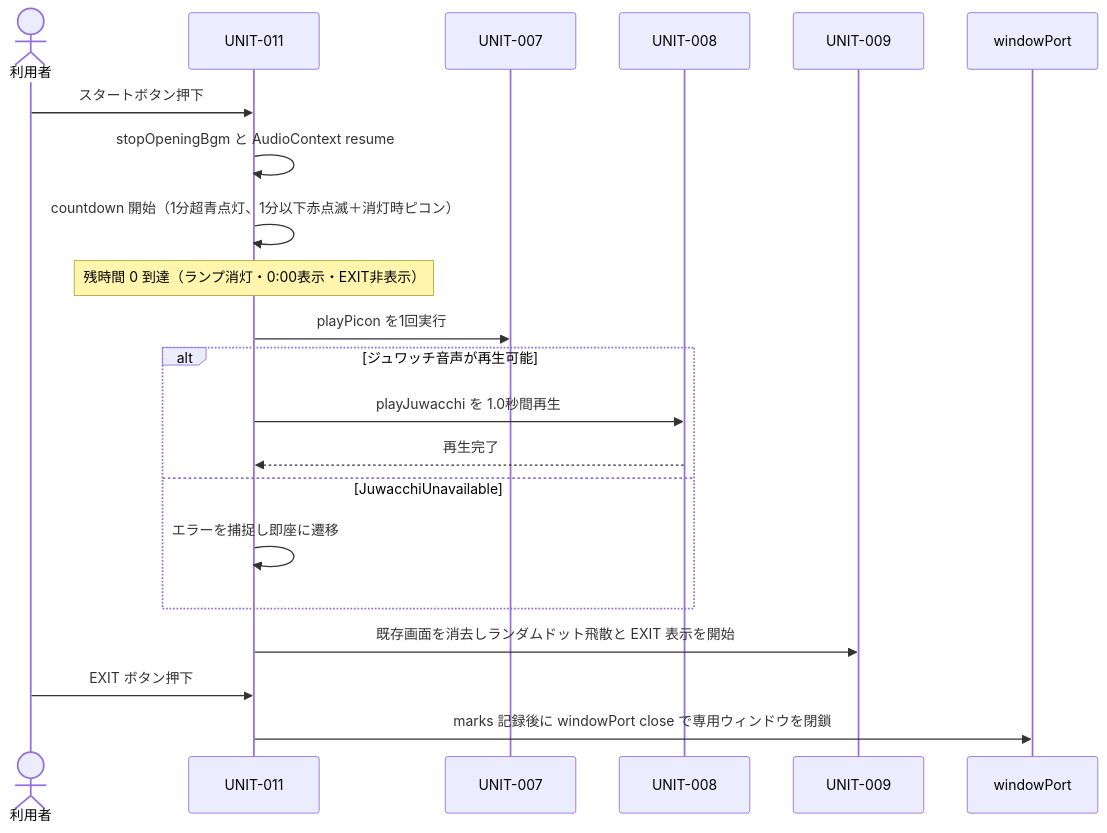
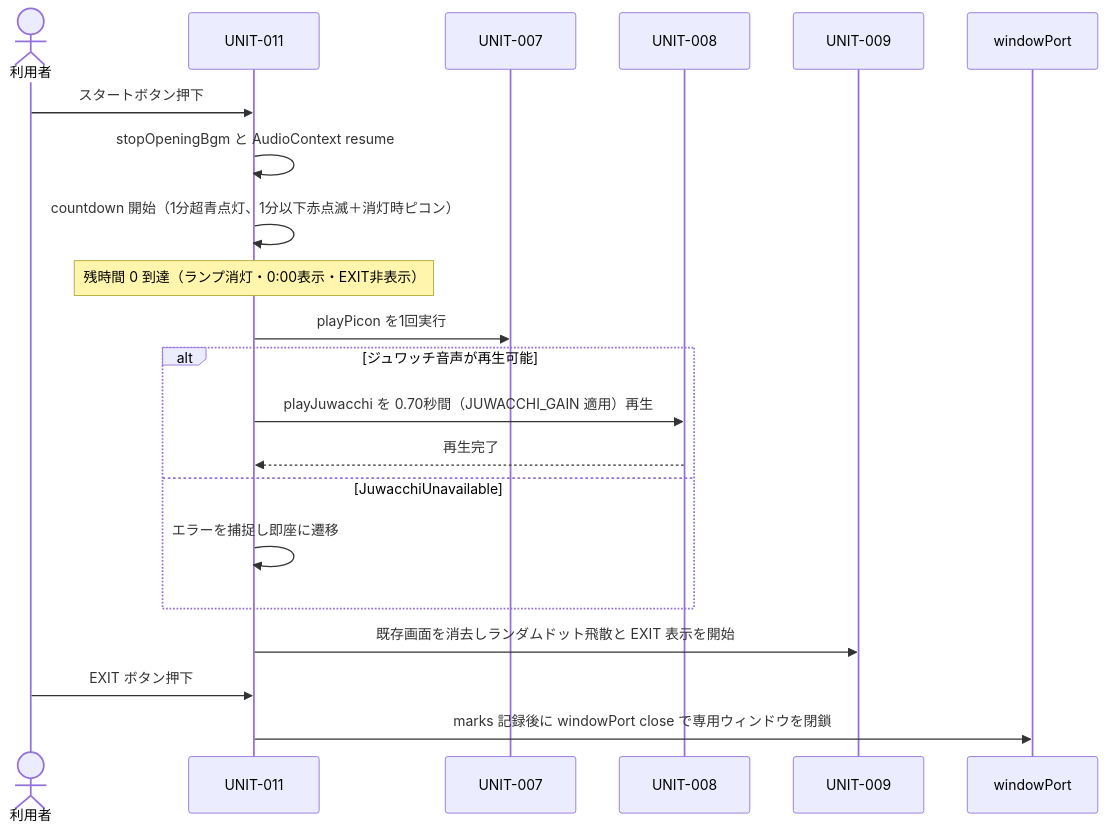
One commit to yamaPiT/ColorBeaconTimer changed the sixth of 6 diagrams in docs/artifacts/SW205_ソフトウェアアーキテクチャ設計書.md. Above: the diagram before and after it, drawn with Mermaid. The commit also changed other lines of this file and 21 other files, not shown here.

````diff
--- a/docs/artifacts/SW205_ソフトウェアアーキテクチャ設計書.md
+++ b/docs/artifacts/SW205_ソフトウェアアーキテクチャ設計書.md
@@ -329,23 +329,23 @@
 ```mermaid
 sequenceDiagram
   actor User as 利用者
   participant CTL as UNIT-011
   participant AU7 as UNIT-007
   participant AU8 as UNIT-008
   participant DOT as UNIT-009
   participant WIN as windowPort
   User->>CTL: スタートボタン押下
   CTL->>CTL: stopOpeningBgm と AudioContext resume
   CTL->>CTL: countdown 開始（1分超青点灯、1分以下赤点滅＋消灯時ピコン）
   Note over CTL: 残時間 0 到達（ランプ消灯・0:00表示・EXIT非表示）
   CTL->>AU7: playPicon を1回実行
   alt ジュワッチ音声が再生可能
-    CTL->>AU8: playJuwacchi を 1.0秒間再生
+    CTL->>AU8: playJuwacchi を 0.70秒間（JUWACCHI_GAIN 適用）再生
     AU8-->>CTL: 再生完了
   else JuwacchiUnavailable
     CTL->>CTL: エラーを捕捉し即座に遷移
   end
   CTL->>DOT: 既存画面を消去しランダムドット飛散と EXIT 表示を開始
   User->>CTL: EXIT ボタン押下
   CTL->>WIN: marks 記録後に windowPort close で専用ウィンドウを閉鎖
 ```
````
